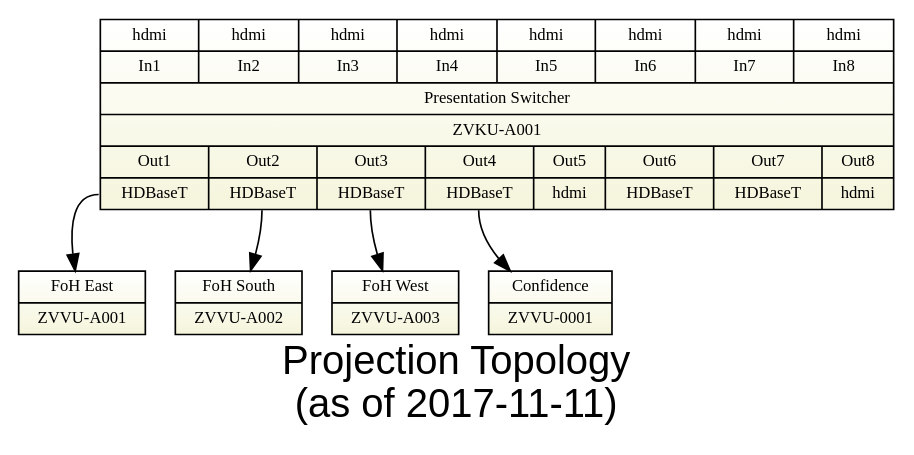
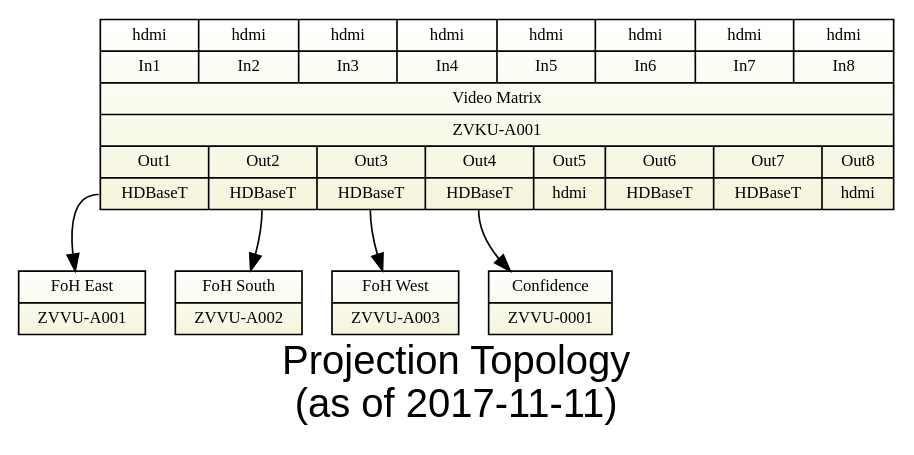
One commit to avmaint/uactechdoc changed the diagram in sdv-topology2-projection.gv. Above: the diagram before and after it, drawn with Graphviz. The commit also changed 6 other files, not shown here.

Commit message:
global wording change from presentation swithcher to video matrix

```diff
--- a/sdv-topology2-projection.gv
+++ b/sdv-topology2-projection.gv
@@ -1,29 +1,29 @@
 digraph presentationswitch { 
 graph [overlap = true, fontsize = 24, 
       label="Projection Topology\n(as of 2017-11-11)",
       fontname = Helvetica]
     
 node [shape=record, style=filled , fillcolor="white:beige",fontsize = 10,  
       gradientangle=270]
 pswitch [label="{
   {{<i1>hdmi|In1}|{<i2>hdmi|In2}|{<i3>hdmi|In3}|{<i4>hdmi|In4}|{<i5>hdmi|In5}|{<i6>hdmi|In6}|{<i7>hdmi|In7}|{<i8>hdmi|In8}}
-  |Presentation Switcher|ZVKU-A001|
+  |Video Matrix|ZVKU-A001|
   {{Out1|<o1>HDBaseT}|{Out2|<o2>HDBaseT}|{Out3|<o3>HDBaseT}|{Out4|<o4>HDBaseT}|{Out5|<o5>hdmi}|{Out6|<o6>HDBaseT}|{Out7|<o7>HDBaseT}|{Out8|<o8>hdmi} } }"]
   
 node [shape=record, tooltip="" ]
  
 newprje [label="{FoH East|ZVVU-A001}"] 
 newprjs [label="{FoH South|ZVVU-A002}"]
 newprjw [label="{FoH West|ZVVU-A003}"]
   
 pswitch:o1 -> newprje 
 pswitch:o2 -> newprjs
 pswitch:o3 -> newprjw
  
 rohproj  [label="{Confidence|ZVVU-0001}", tooltip="Confidence Projector"]
  
 
 pswitch:o4 -> rohproj  
  
 {rank=same; newprjw; newprjs; newprje; rohproj;  }
 } 
```
